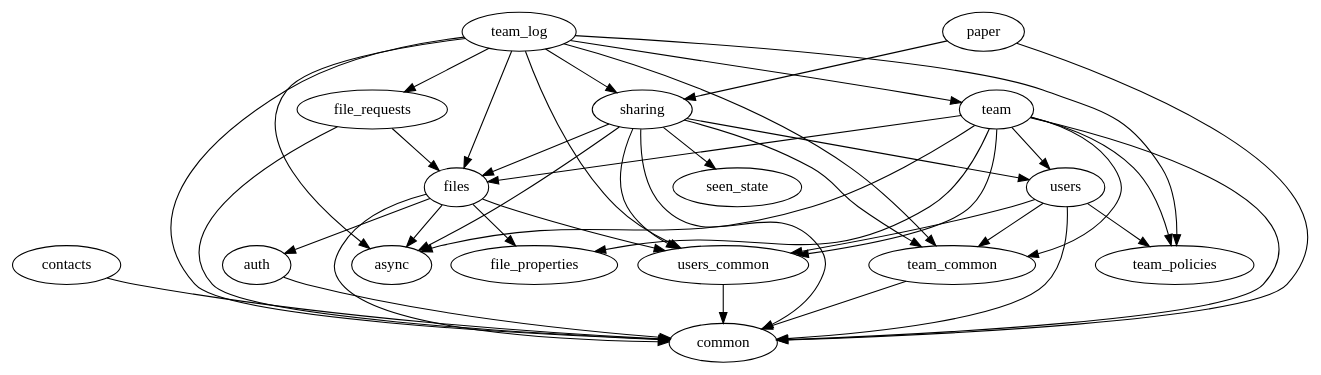
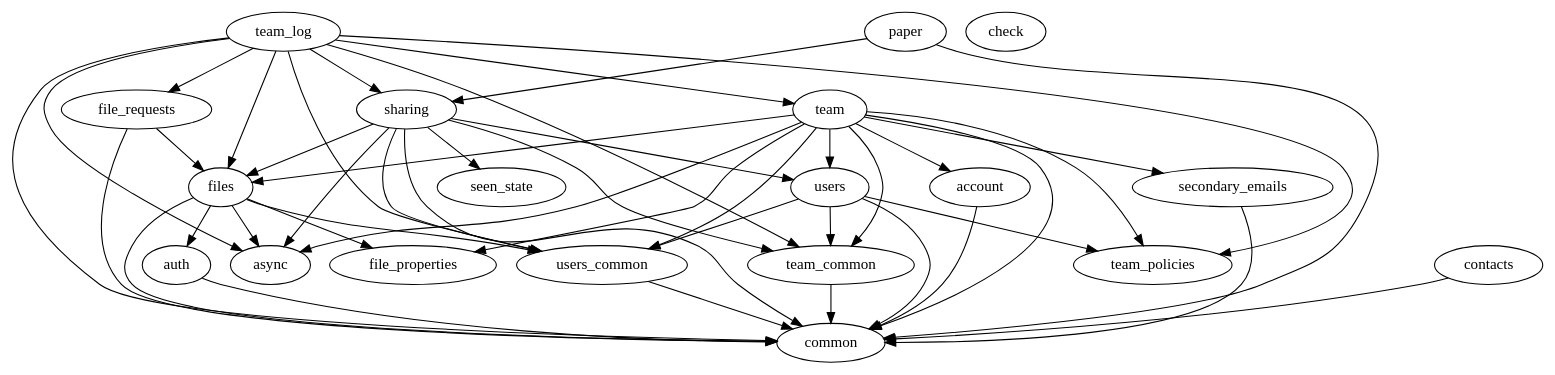
The diagram in namespaces.dot (dropbox/dropbox-sdk-rust), drawn with Graphviz before and after one commit. The commit also changed 16 other files, not shown here.

```diff
--- a/namespaces.dot
+++ b/namespaces.dot
@@ -1,18 +1,21 @@
 digraph deps {
+    account -> { common };
     async;
     auth -> { common };
+    check;
     common;
     contacts -> { common };
     file_properties;
     file_requests -> { common files };
     files -> { async auth common file_properties users_common };
     paper -> { common sharing };
+    secondary_emails -> { common };
     seen_state;
     sharing -> { async common files seen_state team_common users users_common };
-    team -> { async common file_properties files team_common team_policies users users_common };
+    team -> { account async common file_properties files secondary_emails team_common team_policies users users_common };
     team_common -> { common };
     team_log -> { async common file_requests files sharing team team_common team_policies users_common };
     team_policies;
     users -> { common team_common team_policies users_common };
     users_common -> { common };
 }
```
